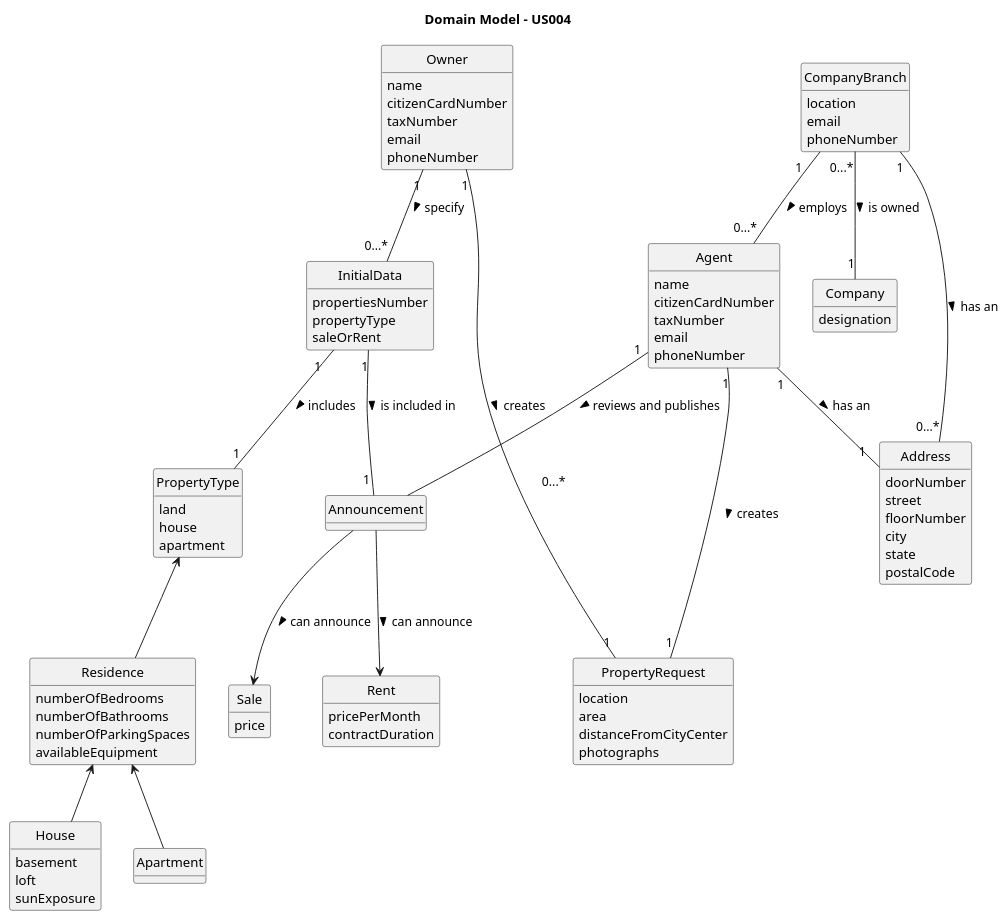
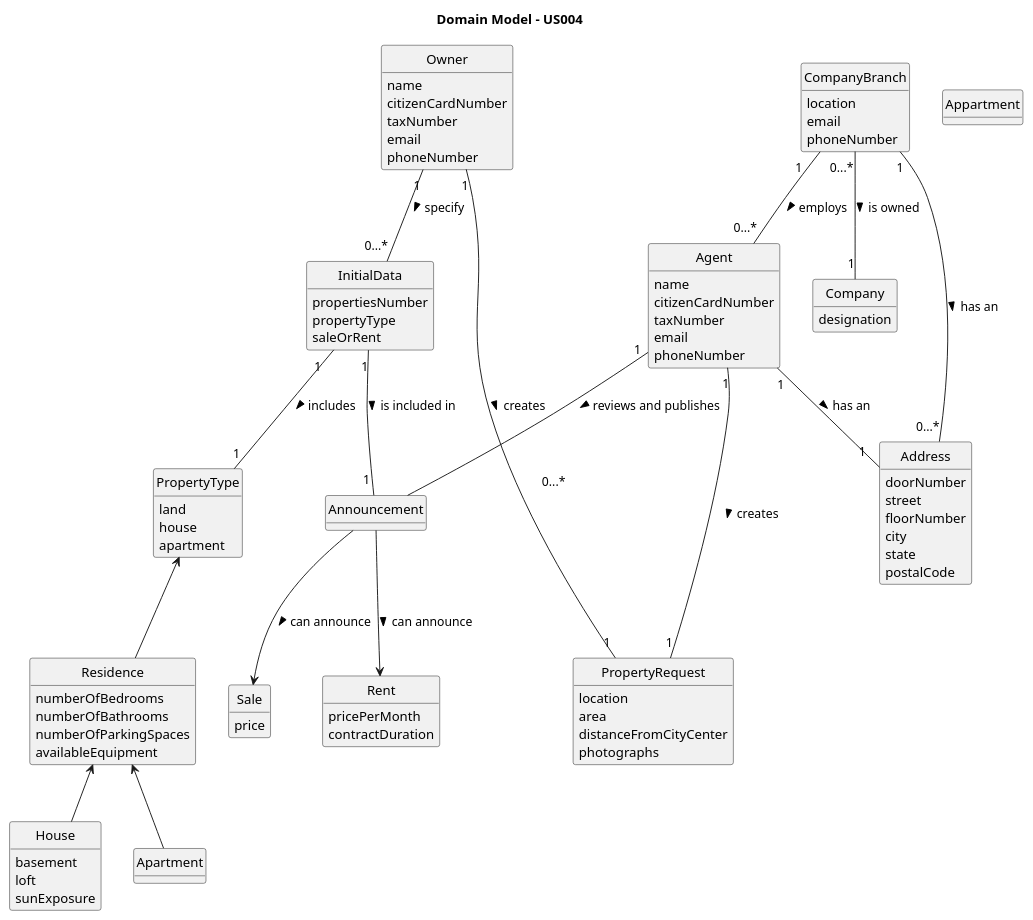
The diagram in docs/sprintA/us004/02.analysis/puml/us004-domain-model.puml (1220812/LAPR2), drawn with PlantUML before and after one commit. The commit also changed 3 other files, not shown here.

```diff
--- a/docs/sprintA/us004/02.analysis/puml/us004-domain-model.puml
+++ b/docs/sprintA/us004/02.analysis/puml/us004-domain-model.puml
@@ -1,119 +1,119 @@
 @startuml
 skinparam monochrome true
 skinparam packageStyle rectangle
 skinparam shadowing false
 
 'left to right direction
 
 skinparam classAttributeIconSize 0
 
 hide circle
 hide methods
 
 title Domain Model - US004
 
 class Owner{
 name
 citizenCardNumber
 taxNumber
 email
 phoneNumber
 }
 
 class Address{
 doorNumber
 street
 floorNumber
 city
 state
 postalCode
 }
 
 class CompanyBranch{
 location
 email
 phoneNumber
 }
 
 class Company{
 designation
 }
 
 class Agent{
 name
 citizenCardNumber
 taxNumber
 email
 phoneNumber
 }
 
 class InitialData{
 propertiesNumber
 propertyType
 saleOrRent
 }
 
 class PropertyType{
 land
 house
 apartment
 }
 
 class Rent{
 pricePerMonth
 contractDuration
 }
 
 class Sale{
 price
 }
 
 class PropertyRequest{
 location
 area
 distanceFromCityCenter
 photographs
 }
 
 class Residence{
 numberOfBedrooms
 numberOfBathrooms
 numberOfParkingSpaces
 availableEquipment
 }
 
 class House{
 basement
 loft
 sunExposure
 }
 
-class Apartment{
+class Appartment{
 }
 
 class Announcement{
 }
 
 CompanyBranch "0...*" -- "1" Company : is owned >
 CompanyBranch "1    " -- "0...*" Agent : employs >
 CompanyBranch "1 " -- "0...*" Address : has an >
 
 Agent "1" -- "                                  0...*" Announcement : reviews and publishes >
 Agent "1" -- "1  " Address : has an >
 Agent "1" --- "1" PropertyRequest : creates >
 
 Owner "1" -- "0...*" InitialData : specify >
 Owner "1" -- "1" PropertyRequest : creates >
 
 InitialData "1  " -- "1" PropertyType : includes >
 InitialData "1" -- "      1" Announcement : is included in >
 
 PropertyType <-- Residence
 
 Residence <-- House
 Residence <-- Apartment
 
 Announcement --> Sale : can announce >
 Announcement --> Rent : can announce >
 
 @enduml
```
